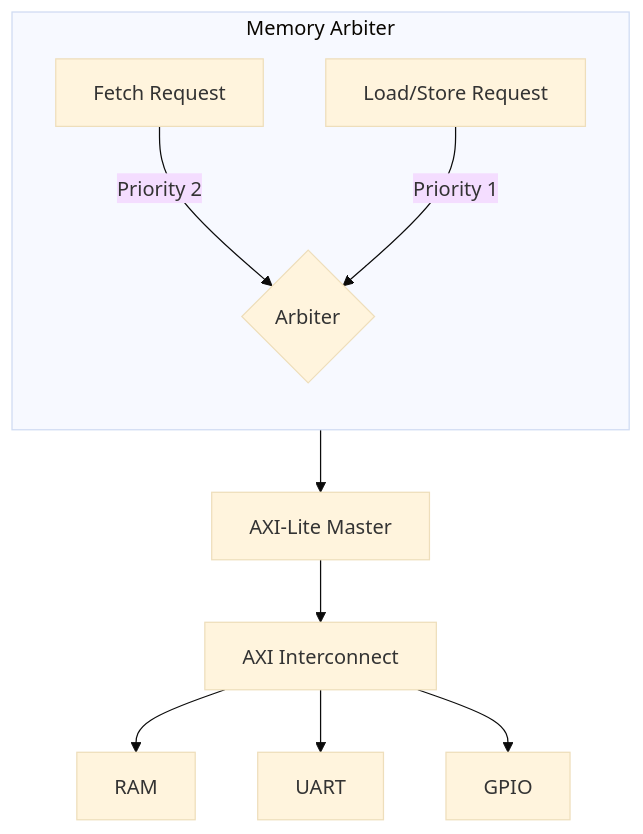
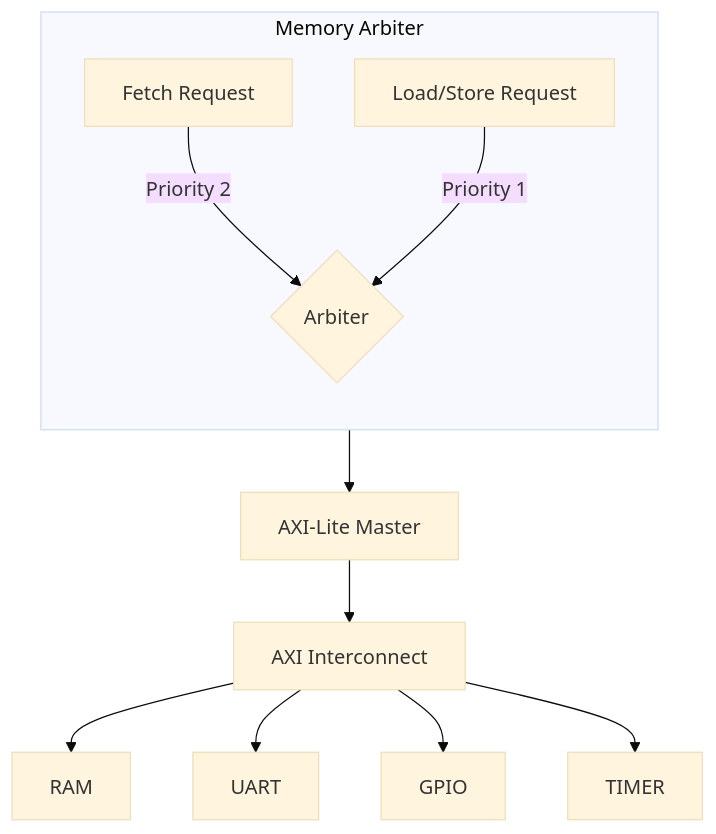
One commit to paudiaz99/Z-Core changed the ninth of 10 diagrams in doc/PIPELINE.md. Above: the diagram before and after it, drawn with Mermaid (base theme). The commit also changed 12 other files, not shown here.

````diff
--- a/doc/PIPELINE.md
+++ b/doc/PIPELINE.md
@@ -326,15 +326,16 @@
 ```mermaid
 graph TD
     subgraph "Memory Arbiter"
         direction TB
         FETCH[Fetch Request] --> |Priority 2| ARB{Arbiter}
         DATA[Load/Store Request] --> |Priority 1| ARB
     end
     
     ARB --> AXI[AXI-Lite Master]
     AXI --> INTERCONNECT[AXI Interconnect]
     
     INTERCONNECT --> RAM[RAM]
     INTERCONNECT --> UART[UART]
     INTERCONNECT --> GPIO[GPIO]
+    INTERCONNECT --> TIMER[TIMER]
 ```
````
